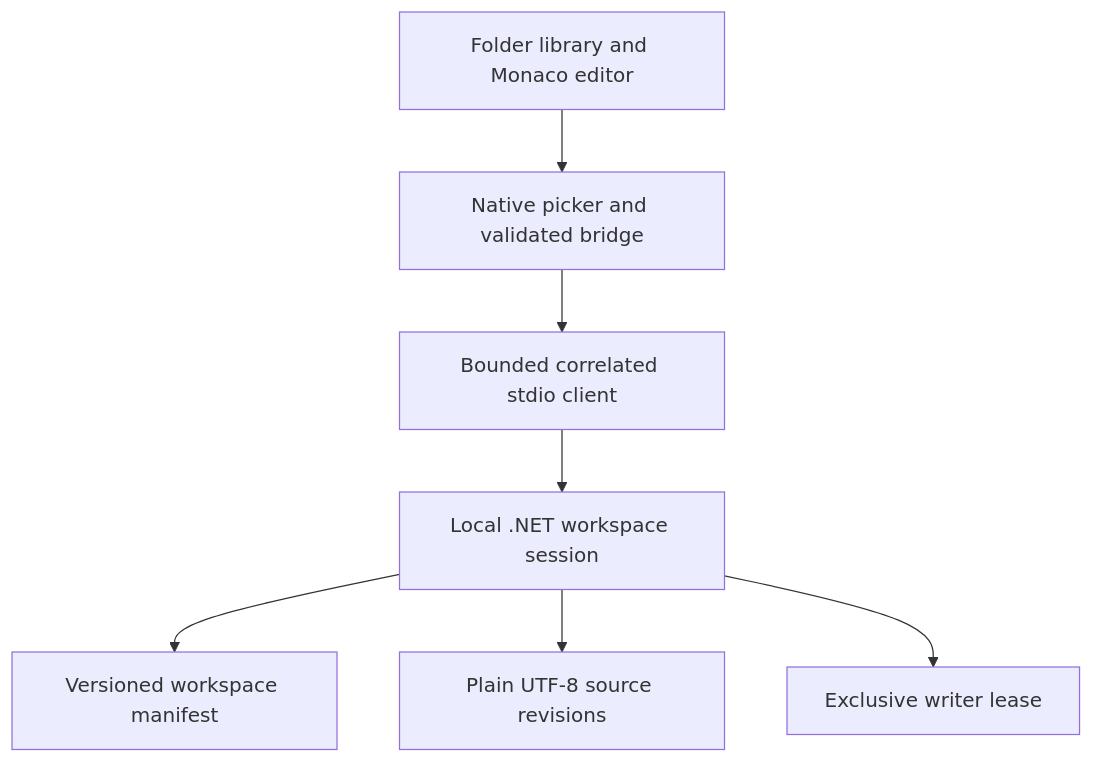
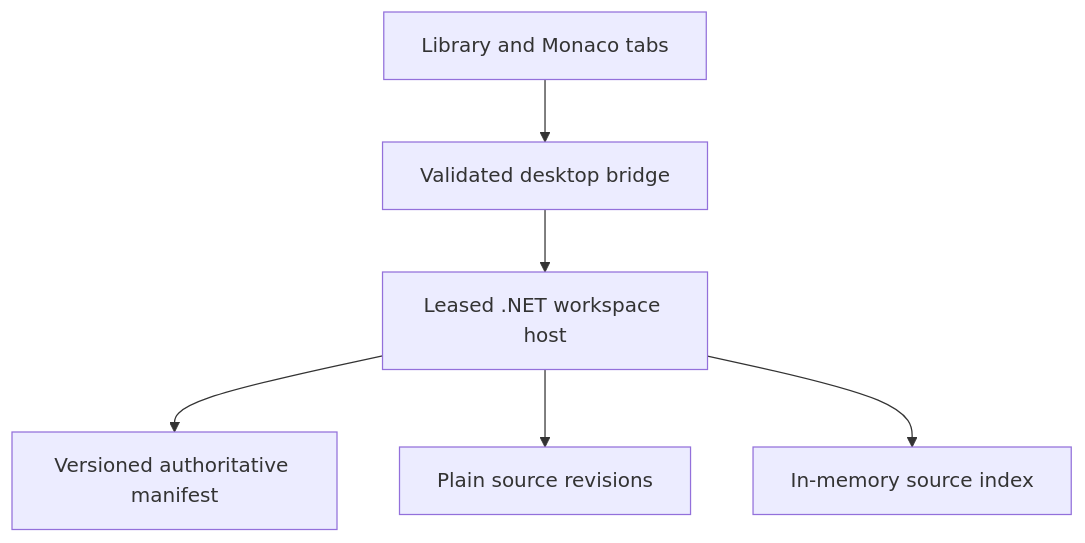
Before and after one commit to sunstriker2009/sun-astelvo: the diagram in docs/architecture/OVERVIEW.md, drawn with Mermaid. The commit also changed other lines of this file and 7 other files, not shown here.

````diff
--- a/docs/architecture/OVERVIEW.md
+++ b/docs/architecture/OVERVIEW.md
@@ -7,9 +7,8 @@
 ```mermaid
 flowchart TD
-  UI["Folder library and Monaco editor"] --> Bridge["Native picker and validated bridge"]
-  Bridge --> Client["Bounded correlated stdio client"]
-  Client --> Host["Local .NET workspace session"]
-  Host --> Manifest["Versioned workspace manifest"]
-  Host --> Sources["Plain UTF-8 source revisions"]
-  Host --> Lease["Exclusive writer lease"]
+  UI["Library and Monaco tabs"] --> Bridge["Validated desktop bridge"]
+  Bridge --> Host["Leased .NET workspace host"]
+  Host --> Manifest["Versioned authoritative manifest"]
+  Host --> Sources["Plain source revisions"]
+  Host --> Search["In-memory source index"]
 ```
````
